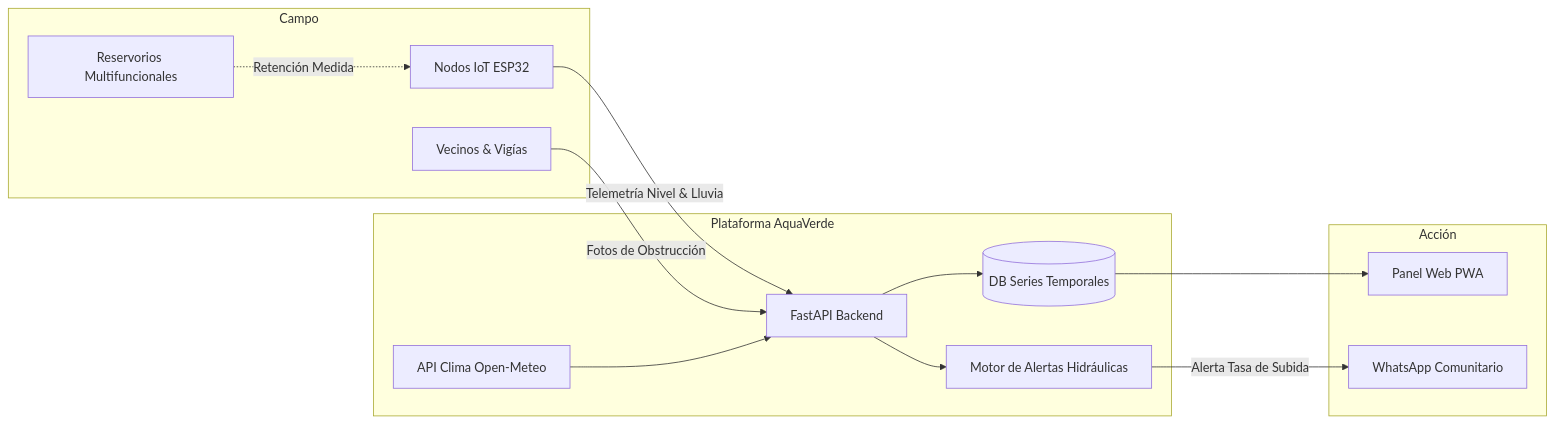
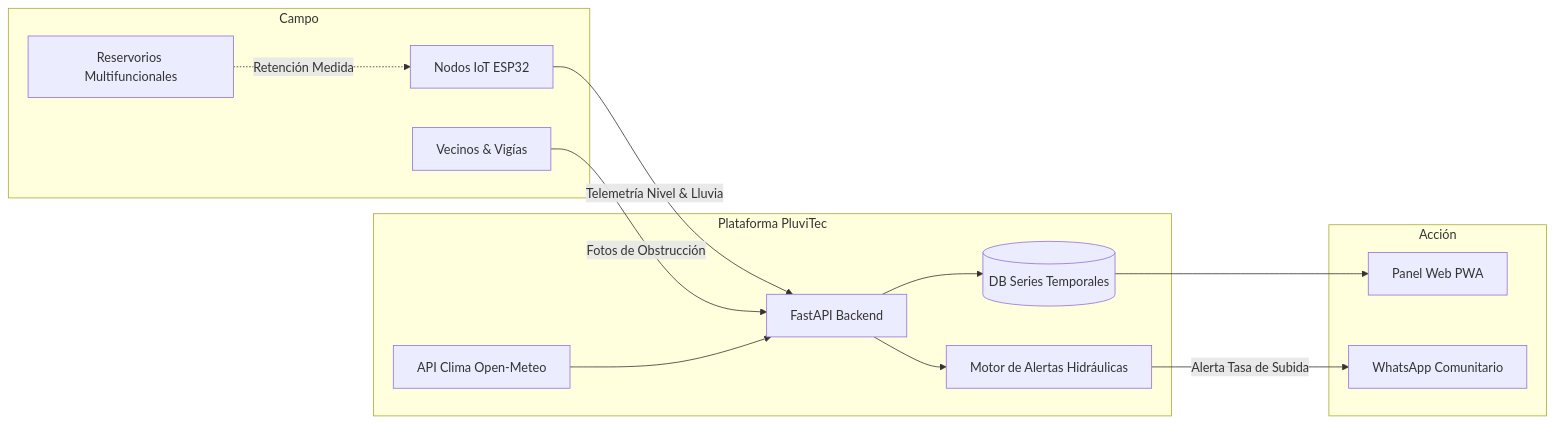
The diagram in README.md (Manzanares18nic/Rally_2026), drawn with Mermaid before and after one commit. The commit also changed other lines of this file and 16 other files, not shown here.

Commit message:
feat: adoptar nueva identidad PluviTec, nuevo logo y colorimetría (#00A8E8, #70C167, #D81B60)

````diff
--- a/README.md
+++ b/README.md
@@ -22,29 +22,29 @@
 ```mermaid
 graph LR
     subgraph Campo
         A[Nodos IoT ESP32]
         B[Reservorios Multifuncionales]
         C[Vecinos & Vigías]
     end
 
-    subgraph Plataforma AquaVerde
+    subgraph Plataforma PluviTec
         D[FastAPI Backend]
         E[(DB Series Temporales)]
         F[Motor de Alertas Hidráulicas]
         G[API Clima Open-Meteo]
     end
 
     subgraph Acción
         H[Panel Web PWA]
         I[WhatsApp Comunitario]
     end
 
     A -->|Telemetría Nivel & Lluvia| D
     B -.->|Retención Medida| A
     C -->|Fotos de Obstrucción| D
     D --> E
     D --> F
     G --> D
     F -->|Alerta Tasa de Subida| I
     E --> H
 ```
````
